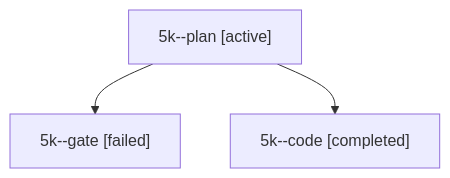
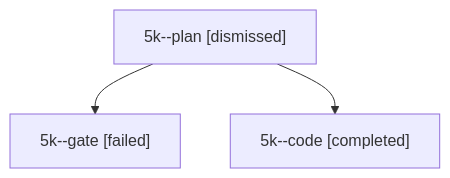
One commit to bobs-org/bob-cli--agents changed the diagram in sessions/bbugyi200.apollo.5k.md. Above: the diagram before and after it, drawn with Mermaid. The commit also changed other lines of this file and 16 other files, not shown here.

````diff
--- a/sessions/bbugyi200.apollo.5k.md
+++ b/sessions/bbugyi200.apollo.5k.md
@@ -9,8 +9,8 @@
 ```mermaid
 flowchart TD
-  n0["5k--plan [active]"]
+  n0["5k--plan [dismissed]"]
   n1["5k--gate [failed]"]
   n0 --> n1
   n2["5k--code [completed]"]
   n0 --> n2
 ```
````
